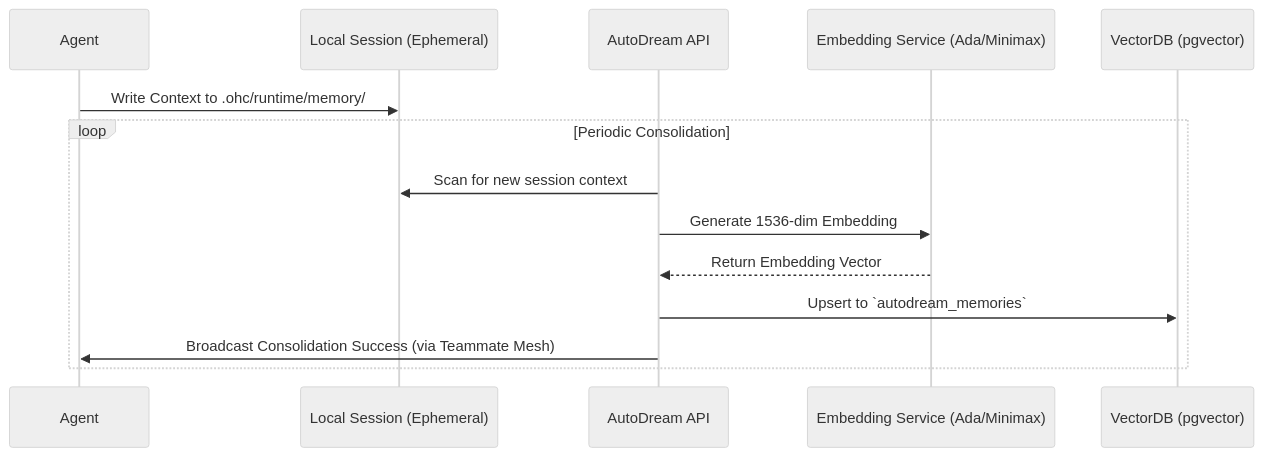
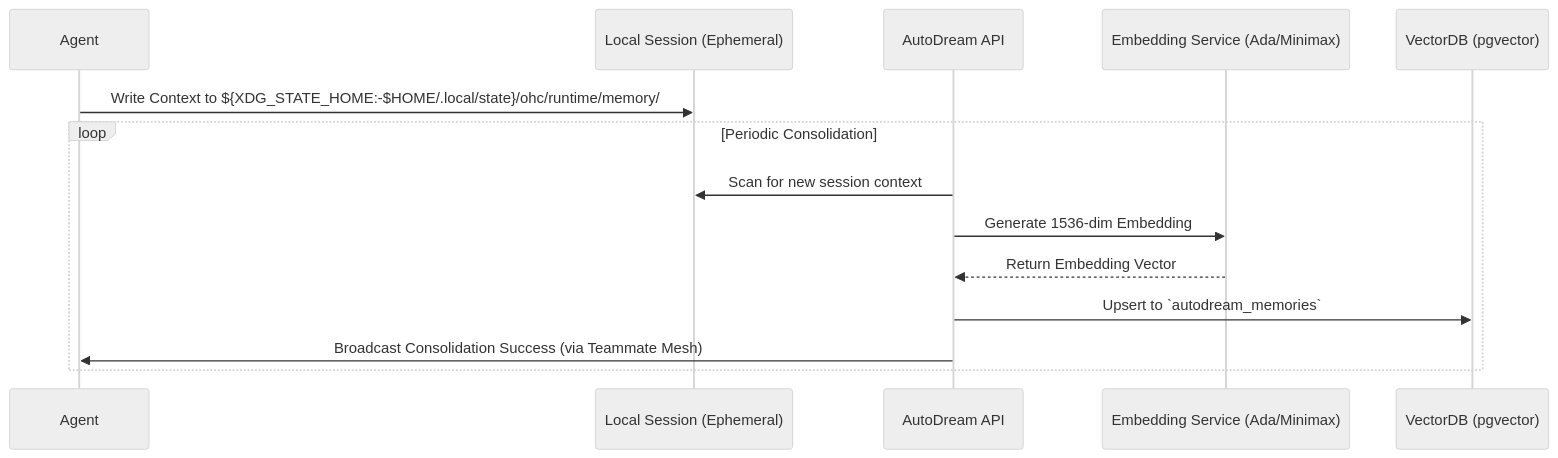
Before and after one commit to omnisolo-llc/onehumancorp: the diagram in docs/walkthroughs/kairos_autodream_walkthrough.md, drawn with Mermaid (neutral theme). The commit also changed 182 other files, not shown here.

First line of the commit message:
refactor: migrate remaining top-level code into srcs and switch runtime defaults off .ohc

````diff
--- a/docs/walkthroughs/kairos_autodream_walkthrough.md
+++ b/docs/walkthroughs/kairos_autodream_walkthrough.md
@@ -11,17 +11,17 @@
 ```mermaid
 sequenceDiagram
     participant Worker as Agent
     participant FS as Local Session (Ephemeral)
     participant AutoDream as AutoDream API
     participant LLM as Embedding Service (Ada/Minimax)
     participant DB as VectorDB (pgvector)
 
-    Worker->>FS: Write Context to .ohc/runtime/memory/
+    Worker->>FS: Write Context to ${XDG_STATE_HOME:-$HOME/.local/state}/ohc/runtime/memory/
     loop Periodic Consolidation
         AutoDream->>FS: Scan for new session context
         AutoDream->>LLM: Generate 1536-dim Embedding
         LLM-->>AutoDream: Return Embedding Vector
         AutoDream->>DB: Upsert to `autodream_memories`
         AutoDream->>Worker: Broadcast Consolidation Success (via Teammate Mesh)
     end
 ```
````
